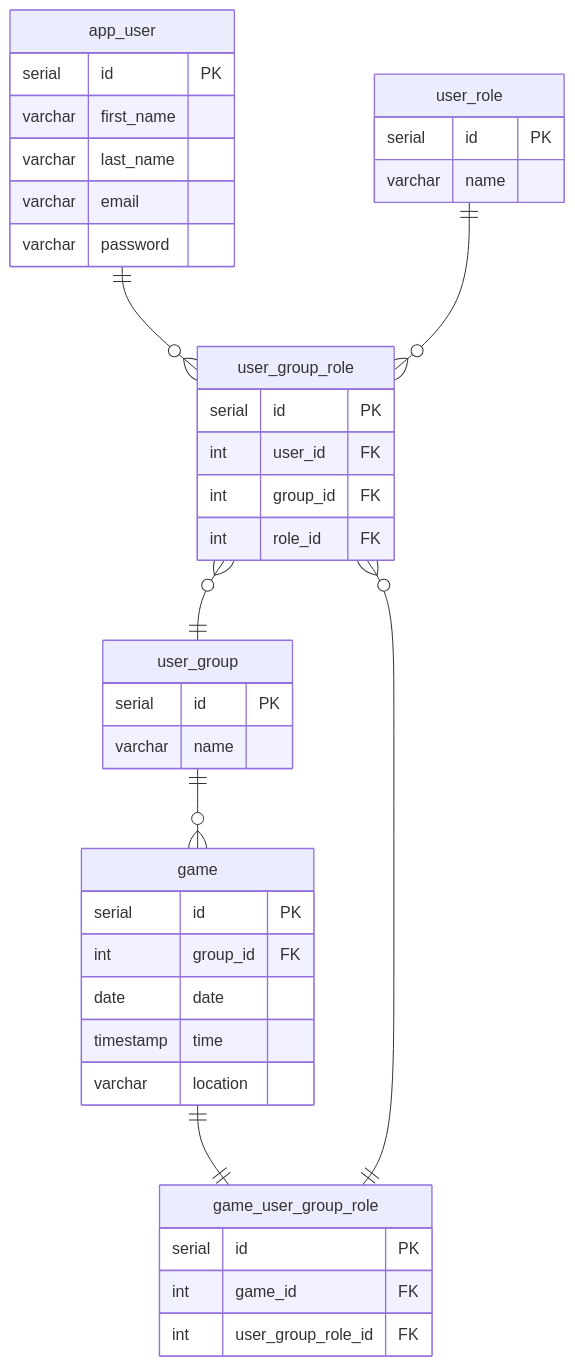
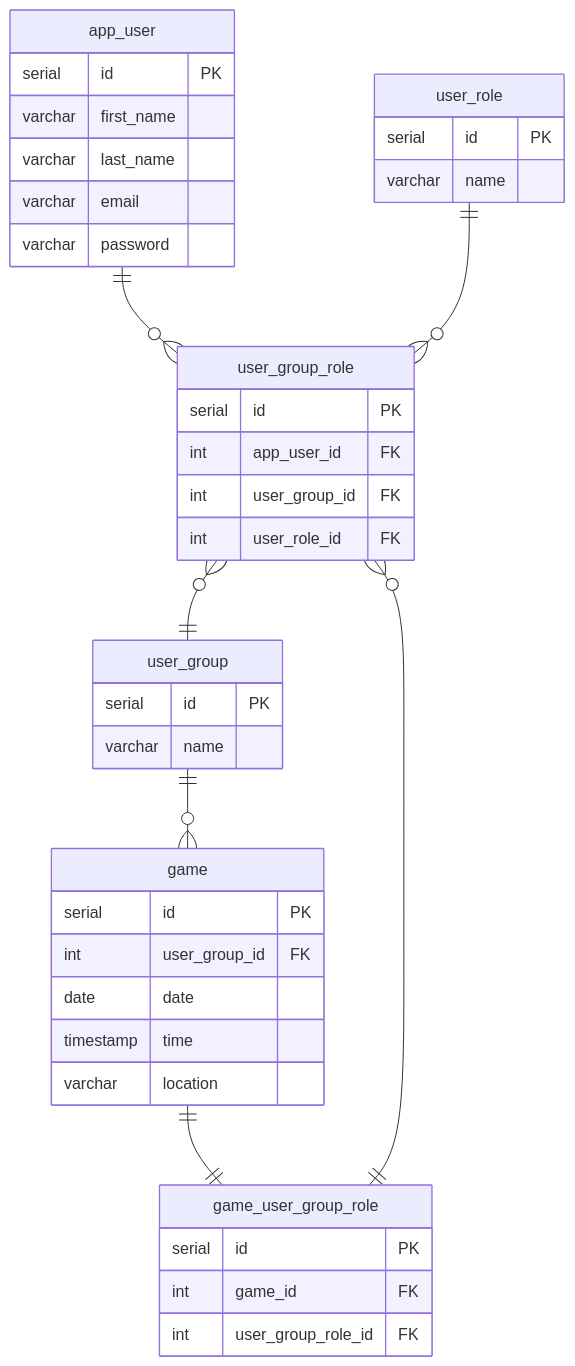
The second of 2 diagrams in README.md (MichaelM9/5-A-Side-Organiser), drawn with Mermaid before and after one commit. The commit also changed other lines of this file, not shown here.

````diff
--- a/README.md
+++ b/README.md
@@ -49,43 +61,43 @@
 ```mermaid
 erDiagram
 app_user ||--o{ user_group_role : ""
 user_role ||--o{ user_group_role: ""
 user_group_role }o--|| user_group : ""
 user_group ||--o{ game : ""
 game ||--|| game_user_group_role : ""
 user_group_role }o--|| game_user_group_role : ""
 
 app_user {
     serial id PK
     varchar first_name
     varchar last_name
     varchar email
     varchar password
 }
 user_role {
     serial id PK
     varchar name
 }
 user_group_role {
     serial id PK
-    int user_id FK
-    int group_id FK
-    int role_id FK
+    int app_user_id FK
+    int user_group_id FK
+    int user_role_id FK
 }
 user_group {
     serial id PK
     varchar name
 }
 game {
     serial id PK
-    int group_id FK
+    int user_group_id FK
     date date
     timestamp time
     varchar location
 }
 game_user_group_role {
     serial id PK
     int game_id FK
     int user_group_role_id FK
 }
 ```
````
